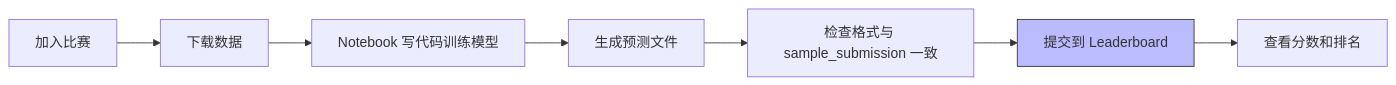
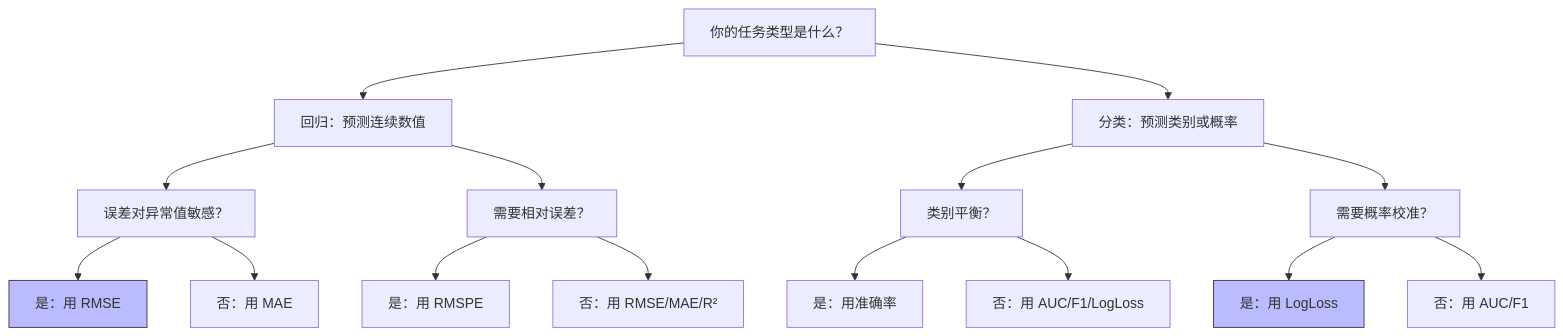
One commit to wizardforcel/baizhan-kaggle changed the diagram in docs/AppendixF/index.md. Above: the diagram before and after it, drawn with Mermaid. The commit also changed other lines of this file, not shown here.

````diff
--- a/docs/AppendixF/index.md
+++ b/docs/AppendixF/index.md
@@ -7,10 +7,15 @@
 ```mermaid
-flowchart LR
-    A[加入比赛] --> B[下载数据]
-    B --> C[Notebook 写代码训练模型]
-    C --> D[生成预测文件]
-    D --> E[检查格式与 sample_submission 一致]
-    E --> F[提交到 Leaderboard]
-    F --> G[查看分数和排名]
-    style F fill:#bbf,stroke:#333
+flowchart TD
+    A[你的任务类型是什么？] --> B[回归：预测连续数值]
+    A --> C[分类：预测类别或概率]
+    B --> D[误差对异常值敏感？] --> E[是：用 RMSE]
+    D --> F[否：用 MAE]
+    B --> G[需要相对误差？] --> H[是：用 RMSPE]
+    G --> I[否：用 RMSE/MAE/R²]
+    C --> J[类别平衡？] --> K[是：用准确率]
+    J --> L[否：用 AUC/F1/LogLoss]
+    C --> M[需要概率校准？] --> N[是：用 LogLoss]
+    M --> O[否：用 AUC/F1]
+    style E fill:#bbf,stroke:#333
+    style N fill:#bbf,stroke:#333
 ```
````
